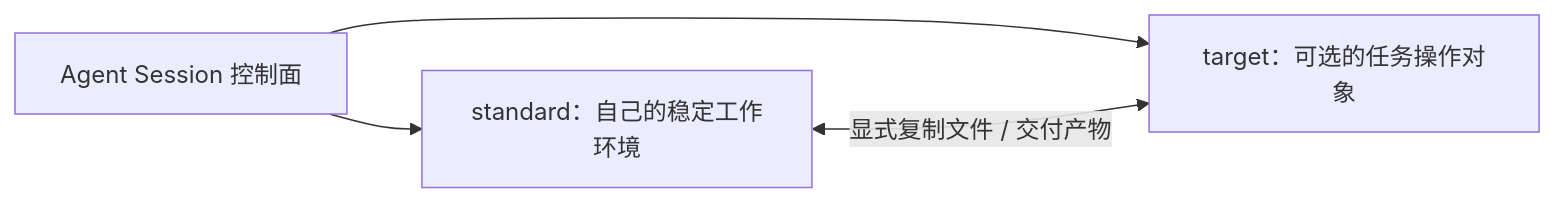
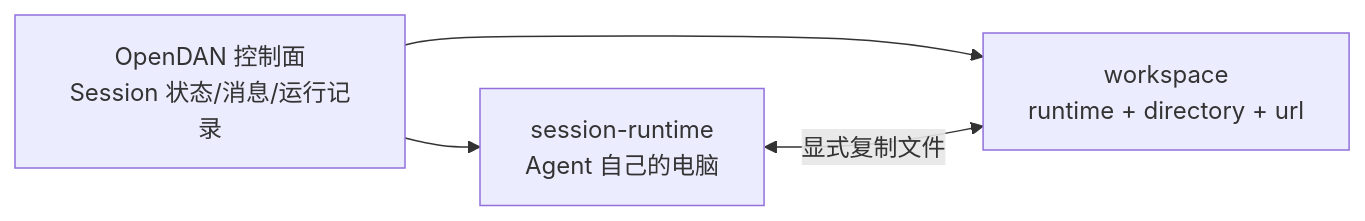
One commit to buckyos/buckyos changed the diagram in notepads/opendan-primary-runtime-tools-todo.md. Above: the diagram before and after it, drawn with Mermaid. The commit also changed other lines of this file and 29 other files, not shown here.

Commit message:
upgrade agent-runtime

````diff
--- a/notepads/opendan-primary-runtime-tools-todo.md
+++ b/notepads/opendan-primary-runtime-tools-todo.md
@@ -31,6 +34,6 @@
 ```mermaid
 flowchart LR
-    S[Agent Session 控制面] --> A[standard：自己的稳定工作环境]
-    S --> B[target：可选的任务操作对象]
-    A <-->|显式复制文件 / 交付产物| B
+    C[OpenDAN 控制面<br/>Session 状态/消息/运行记录] --> R[session-runtime<br/>Agent 自己的电脑]
+    C --> W[workspace<br/>runtime + directory + url]
+    R <-->|显式复制文件| W
 ```
````
